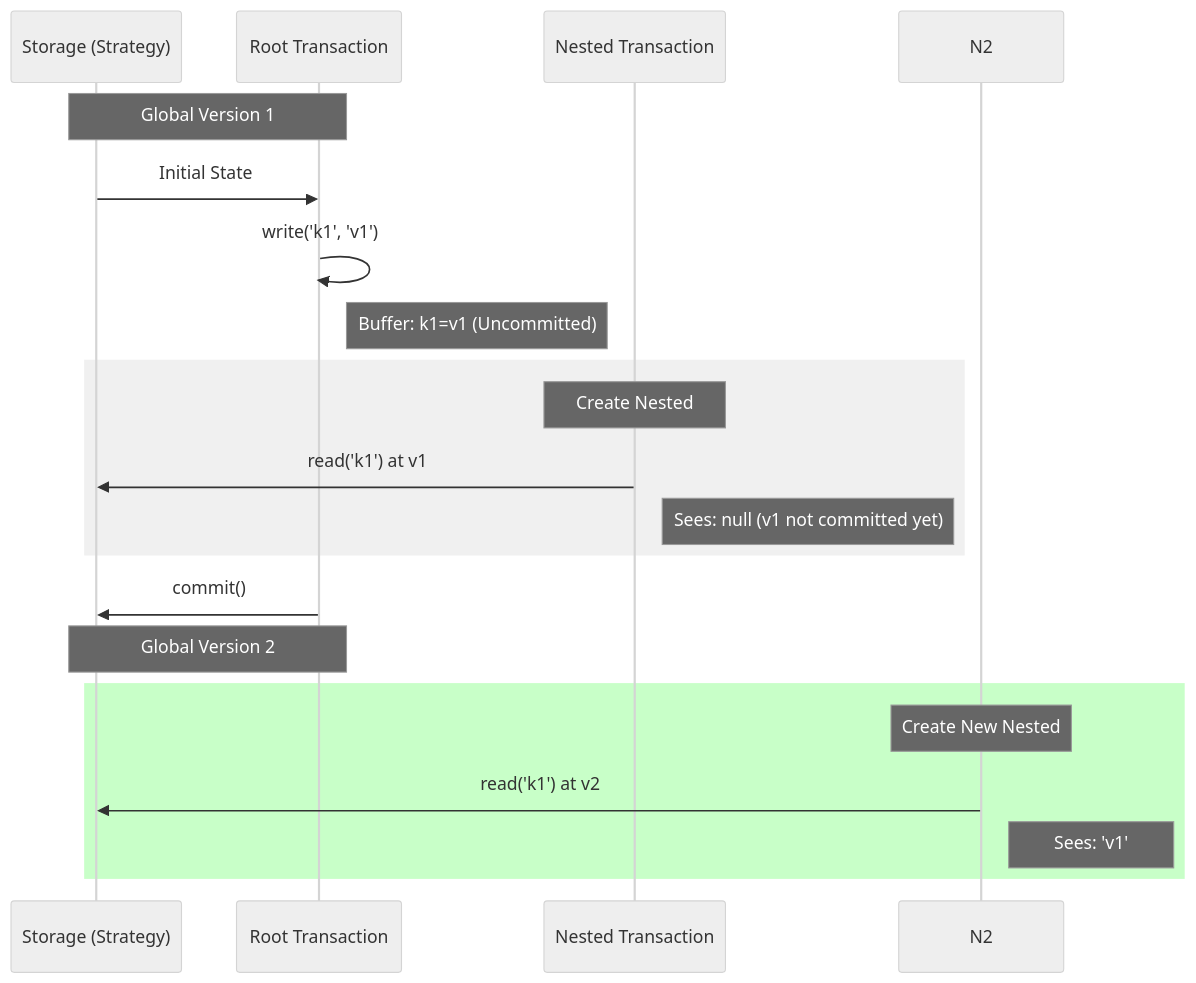
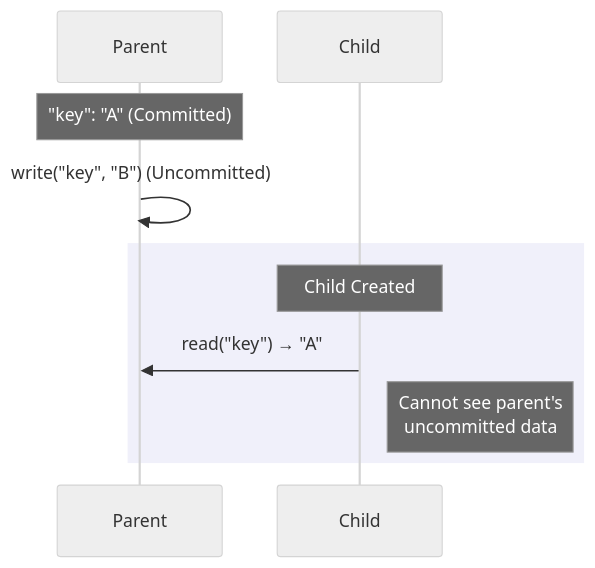
Before and after one commit to izure1/mvcc-api: the diagram in README.md, drawn with Mermaid (neutral theme). The commit also changed other lines of this file and 11 other files, not shown here.

````diff
--- a/README.md
+++ b/README.md
@@ -99,26 +88,14 @@
 ```mermaid
 sequenceDiagram
-    participant S as Storage (Strategy)
-    participant R as Root Transaction
-    participant N as Nested Transaction
+    participant P as Parent
+    participant C as Child
 
-    Note over S, R: Global Version 1
-    S->>R: Initial State
-    R->>R: write('k1', 'v1')
-    Note right of R: Buffer: k1=v1 (Uncommitted)
+    Note over P: "key": "A" (Committed)
+    P->>P: write("key", "B") (Uncommitted)
     
-    rect rgb(240, 240, 240)
-    Note over N: Create Nested
-    N->>S: read('k1') at v1
-    Note right of N: Sees: null (v1 not committed yet)
-    end
-
-    R->>S: commit()
-    Note over S, R: Global Version 2
-
-    rect rgb(200, 255, 200)
-    Note over N2: Create New Nested
-    N2->>S: read('k1') at v2
-    Note right of N2: Sees: 'v1'
+    rect rgb(240,240,250)
+    Note over C: Child Created
+    C->>P: read("key") → "A"
+    Note right of C: Cannot see parent's<br/>uncommitted data
     end
 ```
````
